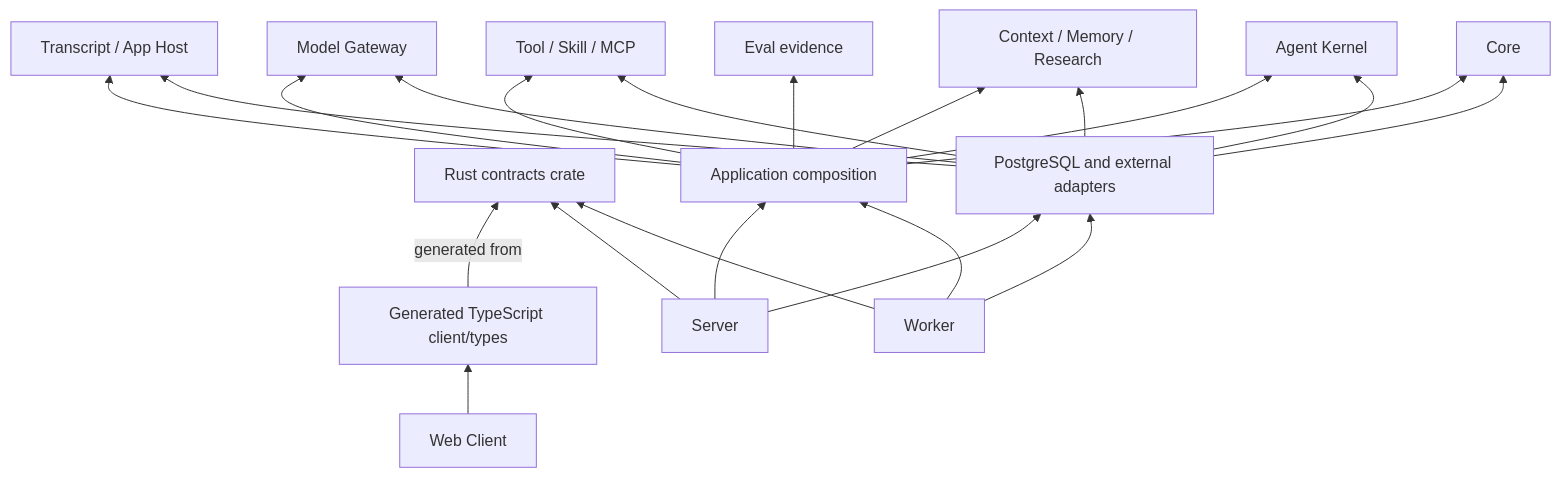
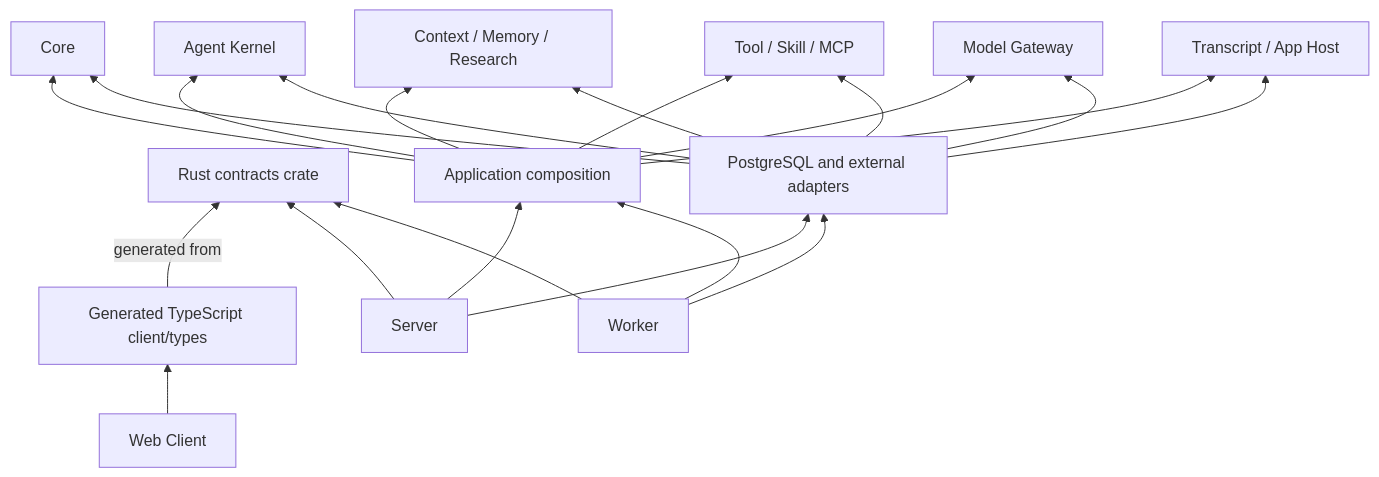
Before and after one commit to FrankQDWang/StoryOS: the diagram in docs/foundation/modular-monolith-and-repository-governance-boundaries.md, drawn with Mermaid. The commit also changed other lines of this file and 8 other files, not shown here.

````diff
--- a/docs/foundation/modular-monolith-and-repository-governance-boundaries.md
+++ b/docs/foundation/modular-monolith-and-repository-governance-boundaries.md
@@ -199,24 +200,23 @@
 ```mermaid
 flowchart BT
     Web["Web Client"] --> Public["Generated TypeScript client/types"]
     Public -->|"generated from"| Contracts["Rust contracts crate"]
     Server["Server"] --> App["Application composition"]
     Worker["Worker"] --> App
     Server --> Contracts
     Worker --> Contracts
     App --> Core["Core"]
     App --> Kernel["Agent Kernel"]
     App --> Context["Context / Memory / Research"]
     App --> Tooling["Tool / Skill / MCP"]
     App --> Gateway["Model Gateway"]
     App --> Transcript["Transcript / App Host"]
-    App --> Eval["Eval evidence"]
     Adapters["PostgreSQL and external adapters"] --> Core
     Adapters --> Kernel
     Adapters --> Context
     Adapters --> Tooling
     Adapters --> Gateway
     Adapters --> Transcript
     Server --> Adapters
     Worker --> Adapters
 ```
````
